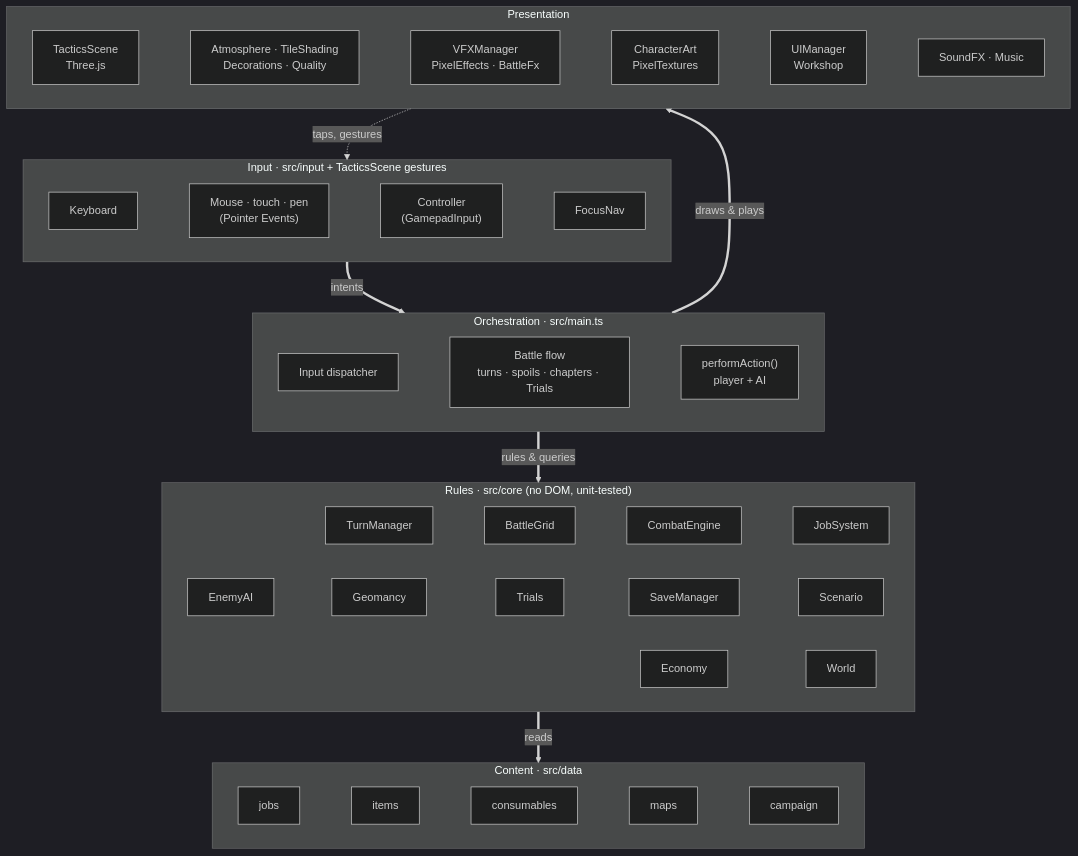
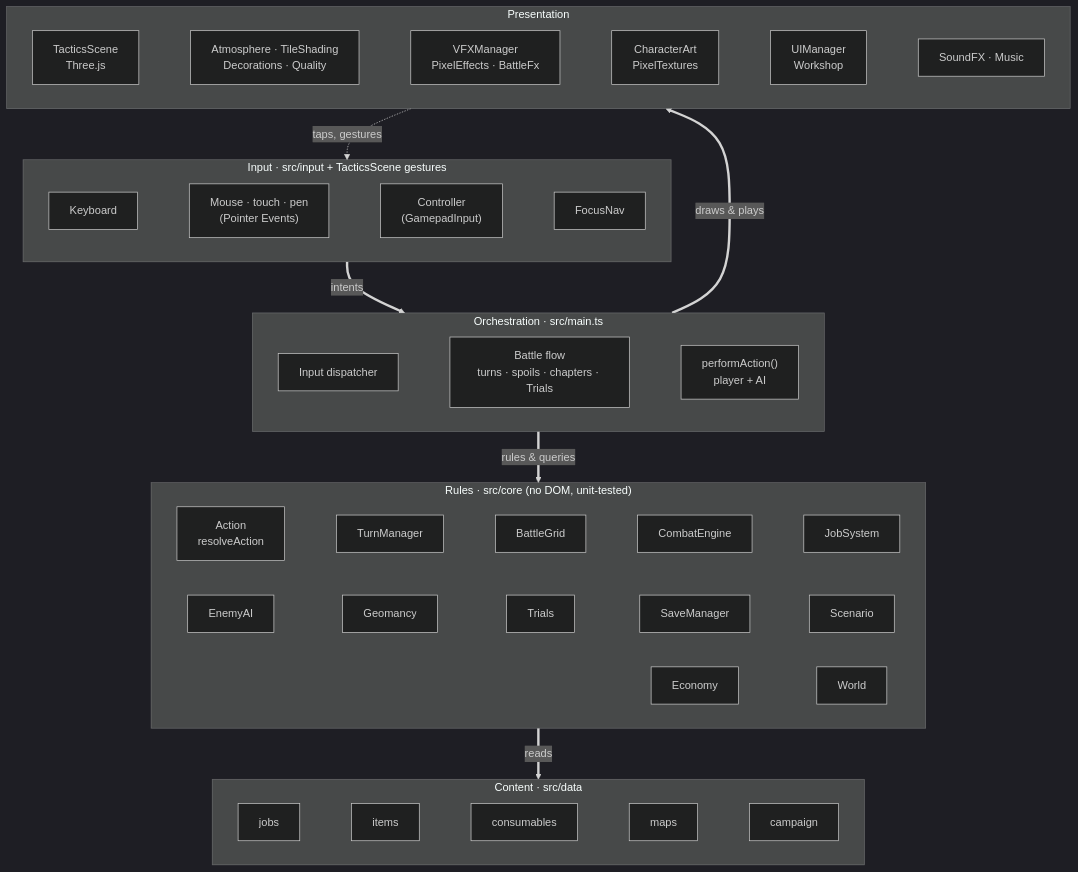
The first of 11 diagrams in docs/ARCHITECTURE.md (CptNope/Chess-RPG-Tactics), drawn with Mermaid (dark theme) before and after one commit. The commit also changed other lines of this file and 24 other files, not shown here.

First line of the commit message:
0.41.0: battle-engine groundwork

````diff
--- a/docs/ARCHITECTURE.md
+++ b/docs/ARCHITECTURE.md
@@ -11,35 +11,35 @@
 ```mermaid
 flowchart TB
     subgraph Input["Input · src/input + TacticsScene gestures"]
         direction LR
         Kbd["Keyboard"] ~~~ Ptr["Mouse · touch · pen<br/>(Pointer Events)"] ~~~ Pad["Controller<br/>(GamepadInput)"] ~~~ Nav["FocusNav"]
     end
 
     subgraph Game["Orchestration · src/main.ts"]
         direction LR
         Disp["Input dispatcher"] ~~~ Flow["Battle flow<br/>turns · spoils · chapters · Trials"] ~~~ Pipe["performAction()<br/>player + AI"]
     end
 
     subgraph Core["Rules · src/core (no DOM, unit-tested)"]
         direction LR
-        TM["TurnManager"] ~~~ Grid["BattleGrid"] ~~~ CE["CombatEngine"] ~~~ JS["JobSystem"]
+        Act["Action<br/>resolveAction"] ~~~ TM["TurnManager"] ~~~ Grid["BattleGrid"] ~~~ CE["CombatEngine"] ~~~ JS["JobSystem"]
         AI["EnemyAI"] ~~~ Geo["Geomancy"] ~~~ Tr["Trials"] ~~~ Save["SaveManager"] ~~~ Scn["Scenario"]
         Eco["Economy"] ~~~ Wld["World"]
     end
 
     subgraph Data["Content · src/data"]
         direction LR
         Jobs["jobs"] ~~~ Items["items"] ~~~ Cons["consumables"] ~~~ Maps["maps"] ~~~ Camp["campaign"]
     end
 
     subgraph View["Presentation"]
         direction LR
         Scene["TacticsScene<br/>Three.js"] ~~~ Look["Atmosphere · TileShading<br/>Decorations · Quality"] ~~~ VFX["VFXManager<br/>PixelEffects · BattleFx"] ~~~ Tex["CharacterArt<br/>PixelTextures"] ~~~ UI["UIManager<br/>Workshop"] ~~~ Audio["SoundFX · Music"]
     end
 
     Input ==>|"intents"| Game
     Game ==>|"rules & queries"| Core
     Core ==>|"reads"| Data
     Game ==>|"draws & plays"| View
     View -.->|"taps, gestures"| Input
 ```
````
